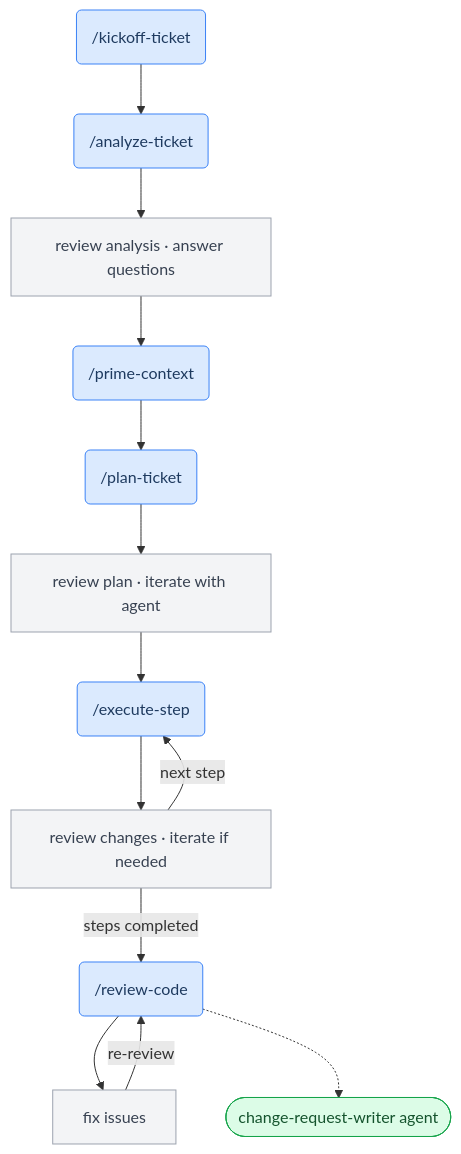
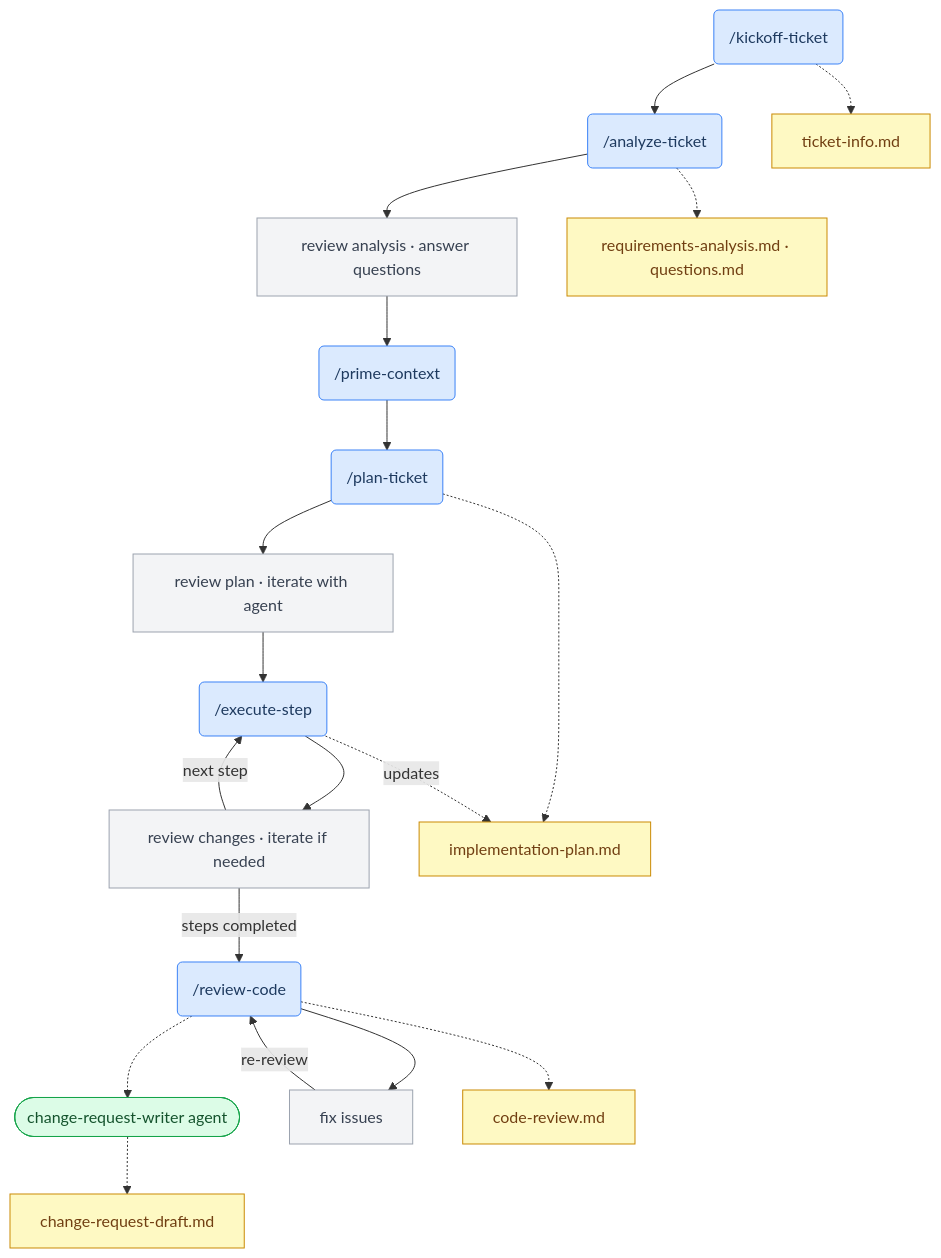
The diagram in README.md (kalopilato/dotclaude), drawn with Mermaid before and after one commit. The commit also changed other lines of this file and 1 other file, not shown here.

````diff
--- a/README.md
+++ b/README.md
@@ -21,35 +40,50 @@
 ```mermaid
 flowchart TD
     PC("/prime-context")
     KT("/kickoff-ticket")
     AT("/analyze-ticket")
     PT("/plan-ticket")
     ES("/execute-step")
     RC("/review-code")
     CRW(["change-request-writer agent"])
 
     U1["review analysis · answer questions"]
     U2["review plan · iterate with agent"]
     U3["review changes · iterate if needed"]
     U4["fix issues"]
 
+    D1["ticket-info.md"]
+    D2["requirements-analysis.md · questions.md"]
+    D3["implementation-plan.md"]
+    D4["code-review.md"]
+    D5["change-request-draft.md"]
+
     KT --> AT
     AT --> U1
     U1 --> PC
     PC --> PT
     PT --> U2
     U2 --> ES
     ES --> U3
     U3 -->|"next step"| ES
     U3 -->|"steps completed"| RC
     RC --> U4
     U4 -->|"re-review"| RC
     RC -.-> CRW
 
+    KT -.-> D1
+    AT -.-> D2
+    PT -.-> D3
+    ES -. updates .-> D3
+    RC -.-> D4
+    CRW -.-> D5
+
     classDef cmd fill:#dbeafe,stroke:#3b82f6,color:#1e3a5f
     classDef user fill:#f3f4f6,stroke:#9ca3af,color:#374151
     classDef agent fill:#dcfce7,stroke:#16a34a,color:#14532d
+    classDef doc fill:#fef9c3,stroke:#ca8a04,color:#713f12
     class PC,KT,AT,PT,ES,RC cmd
     class U1,U2,U3,U4 user
     class CRW agent
+    class D1,D2,D3,D4,D5 doc
 ```
````
